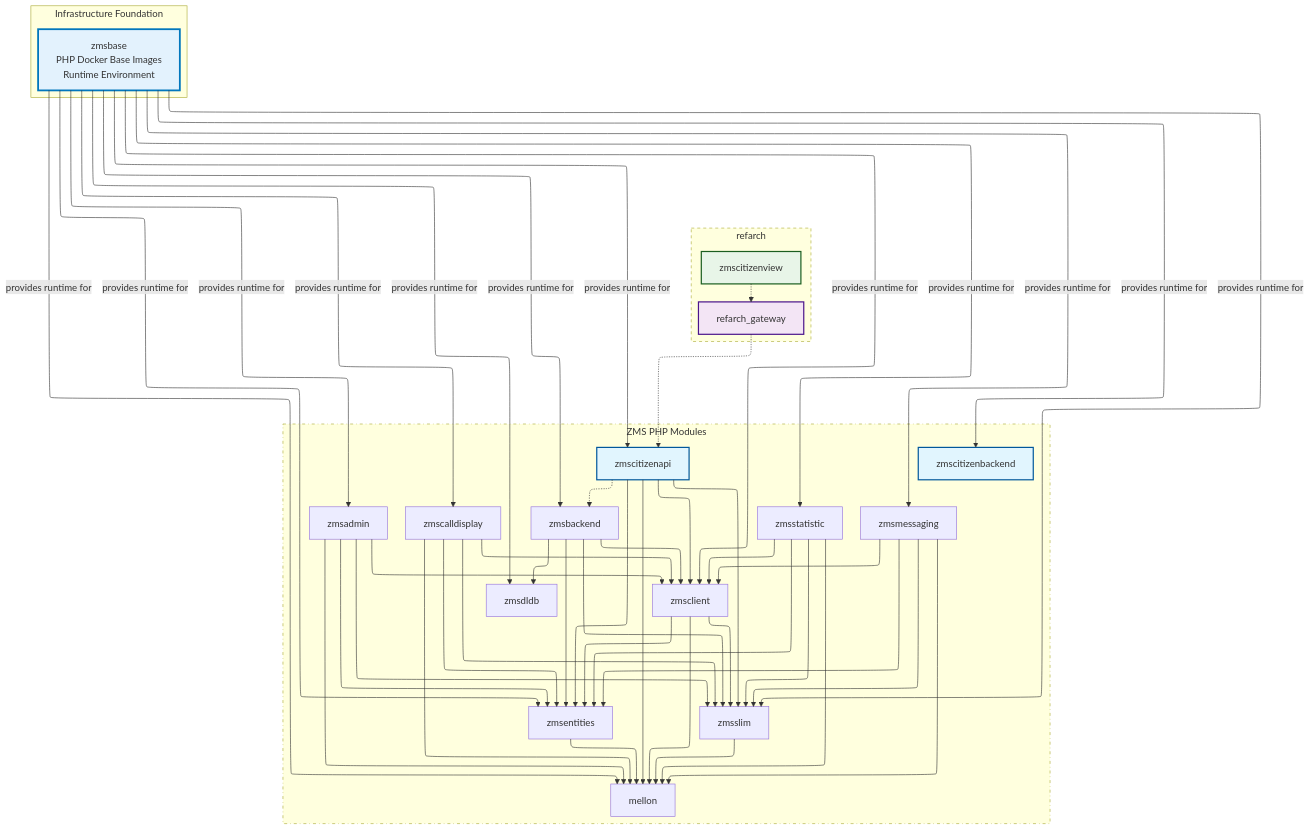
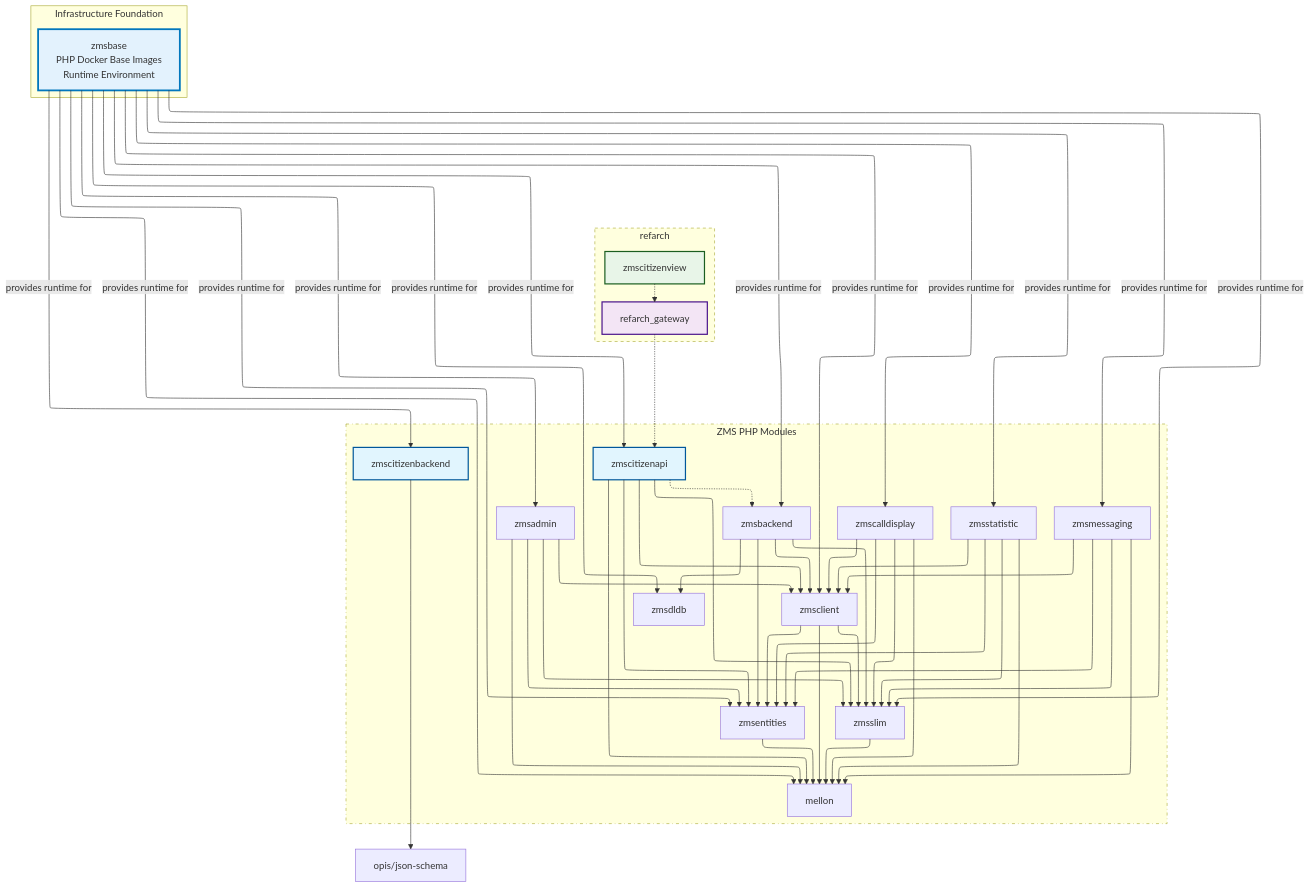
One commit to it-at-m/eappointment changed the diagram in docs/en/setup-and-development/php-base-images.md. Above: the diagram before and after it, drawn with Mermaid. The commit also changed 55 other files, not shown here.

First line of the commit message:
feat(GH-2899): own Citizen JSON schemas and model validation in zmscitizenbackend

```diff
--- a/docs/en/setup-and-development/php-base-images.md
+++ b/docs/en/setup-and-development/php-base-images.md
@@ -90,6 +90,7 @@
     zmscitizenapi --> zmsslim
     zmscitizenapi --> zmsclient
     zmscitizenapi --> zmsentities
+    zmscitizenbackend --> opis_json_schema["opis/json-schema"]
 
     zmscitizenapi -.-> zmsbackend
     refarch_gateway -.-> zmscitizenapi
```
